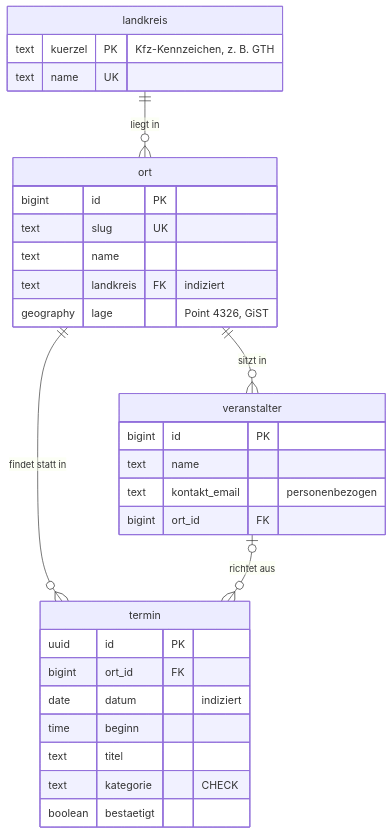
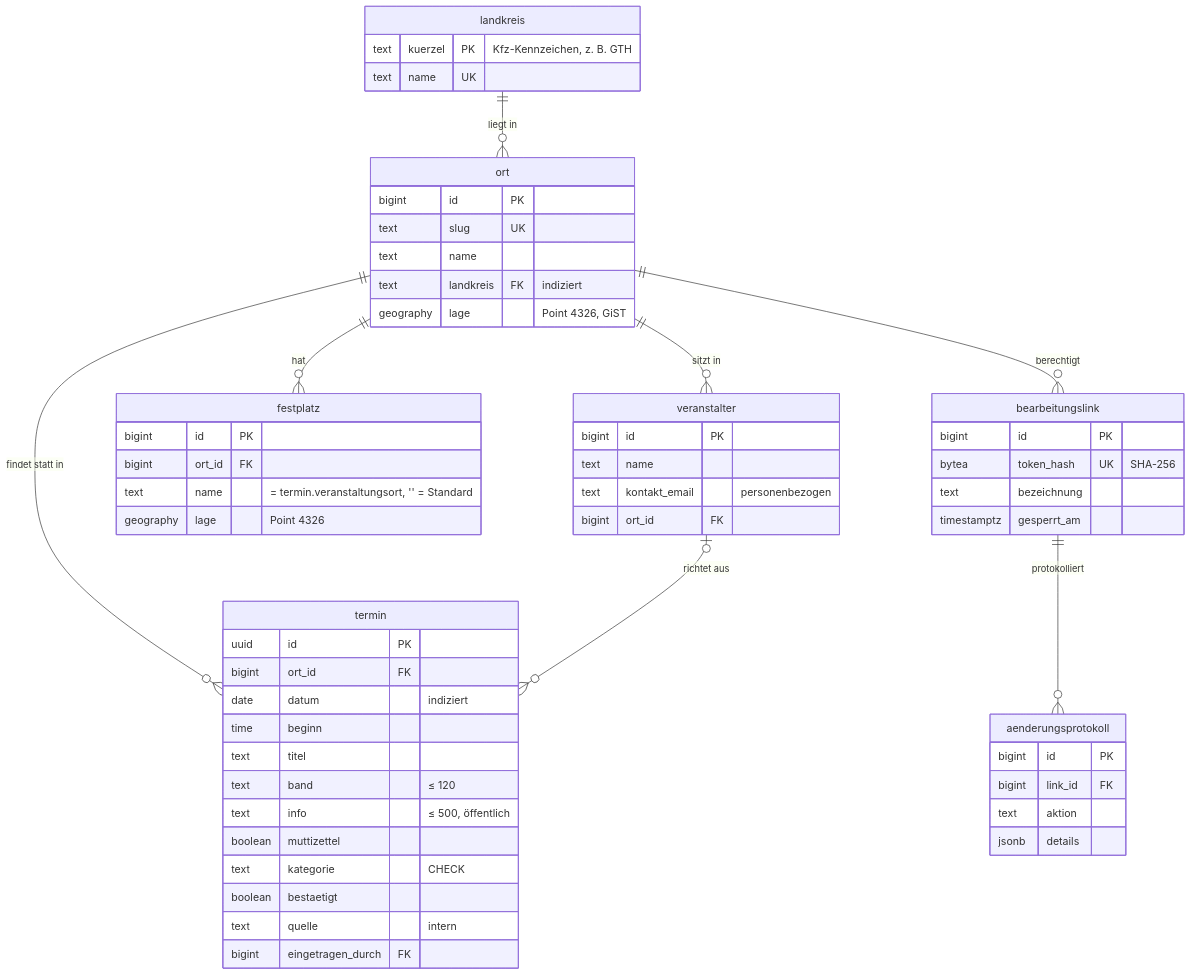
The third of 3 diagrams in docs/architecture/05-bausteinsicht.md (dschaell/kirmes-thueringen), drawn with Mermaid before and after one commit. The commit also changed other lines of this file and 156 other files, not shown here.

````diff
--- a/docs/architecture/05-bausteinsicht.md
+++ b/docs/architecture/05-bausteinsicht.md
@@ -112,11 +118,17 @@
 ```mermaid
 erDiagram
   landkreis ||--o{ ort : "liegt in"
   ort ||--o{ termin : "findet statt in"
   ort ||--o{ veranstalter : "sitzt in"
+  ort ||--o{ festplatz : "hat"
+  ort ||--o{ bearbeitungslink : "berechtigt"
+  bearbeitungslink ||--o{ aenderungsprotokoll : "protokolliert"
   veranstalter |o--o{ termin : "richtet aus"
   landkreis { text kuerzel PK "Kfz-Kennzeichen, z. B. GTH" text name UK }
   ort { bigint id PK text slug UK text name text landkreis FK "indiziert" geography lage "Point 4326, GiST" }
   veranstalter { bigint id PK text name text kontakt_email "personenbezogen" bigint ort_id FK }
-  termin { uuid id PK bigint ort_id FK date datum "indiziert" time beginn text titel text kategorie "CHECK" boolean bestaetigt }
+  festplatz { bigint id PK bigint ort_id FK text name "= termin.veranstaltungsort, '' = Standard" geography lage "Point 4326" }
+  bearbeitungslink { bigint id PK bytea token_hash UK "SHA-256" text bezeichnung timestamptz gesperrt_am }
+  aenderungsprotokoll { bigint id PK bigint link_id FK text aktion jsonb details }
+  termin { uuid id PK bigint ort_id FK date datum "indiziert" time beginn text titel text band "≤ 120" text info "≤ 500, öffentlich" boolean muttizettel text kategorie "CHECK" boolean bestaetigt text quelle "intern" bigint eingetragen_durch FK }
 ```
````
